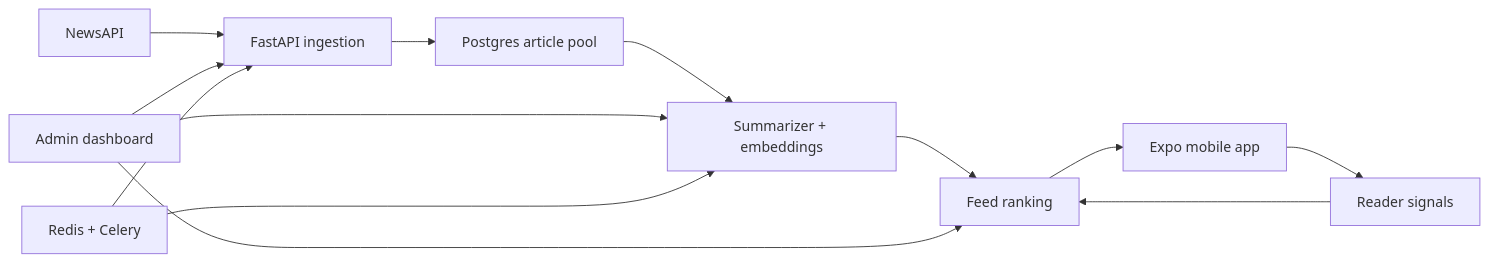
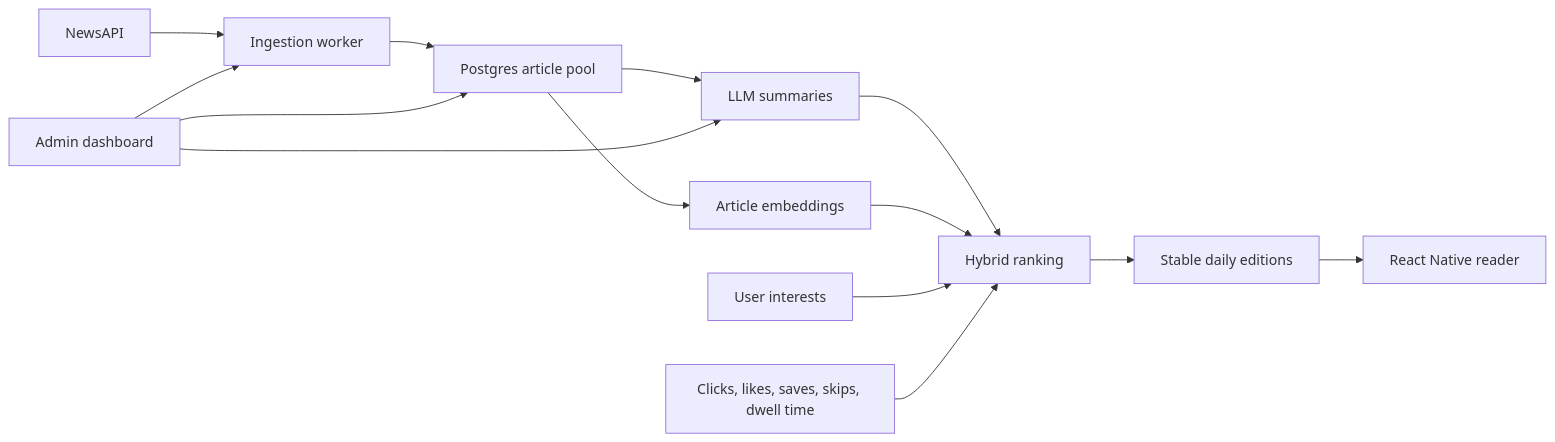
The diagram in README.md (ananyasrivastav12/news), drawn with Mermaid before and after one commit. The commit also changed other lines of this file and 27 other files, not shown here.

````diff
--- a/README.md
+++ b/README.md
@@ -43,15 +60,16 @@
 ```mermaid
 flowchart LR
-  A["NewsAPI"] --> B["FastAPI ingestion"]
+  A["NewsAPI"] --> B["Ingestion worker"]
   B --> C["Postgres article pool"]
-  C --> D["Summarizer + embeddings"]
-  D --> E["Feed ranking"]
-  E --> F["Expo mobile app"]
-  F --> G["Reader signals"]
-  G --> E
-  H["Admin dashboard"] --> B
-  H --> D
-  H --> E
-  I["Redis + Celery"] --> B
-  I --> D
+  C --> D["LLM summaries"]
+  C --> E["Article embeddings"]
+  D --> F["Hybrid ranking"]
+  E --> F
+  G["User interests"] --> F
+  H["Clicks, likes, saves, skips, dwell time"] --> F
+  F --> I["Stable daily editions"]
+  I --> J["React Native reader"]
+  K["Admin dashboard"] --> B
+  K --> D
+  K --> C
 ```
````
